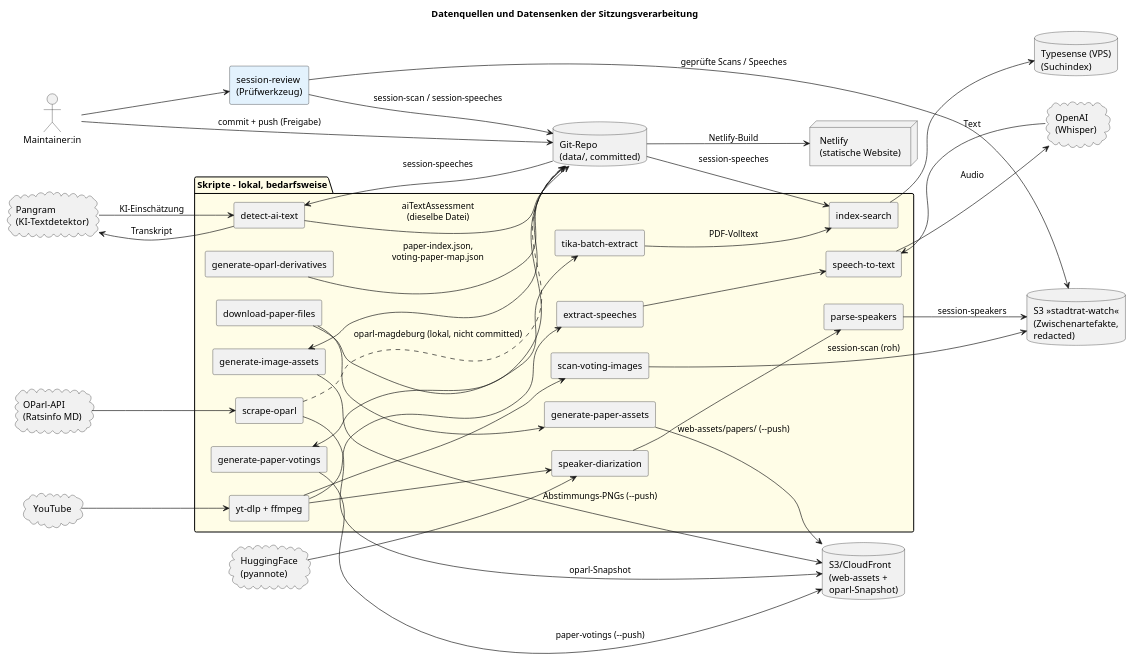
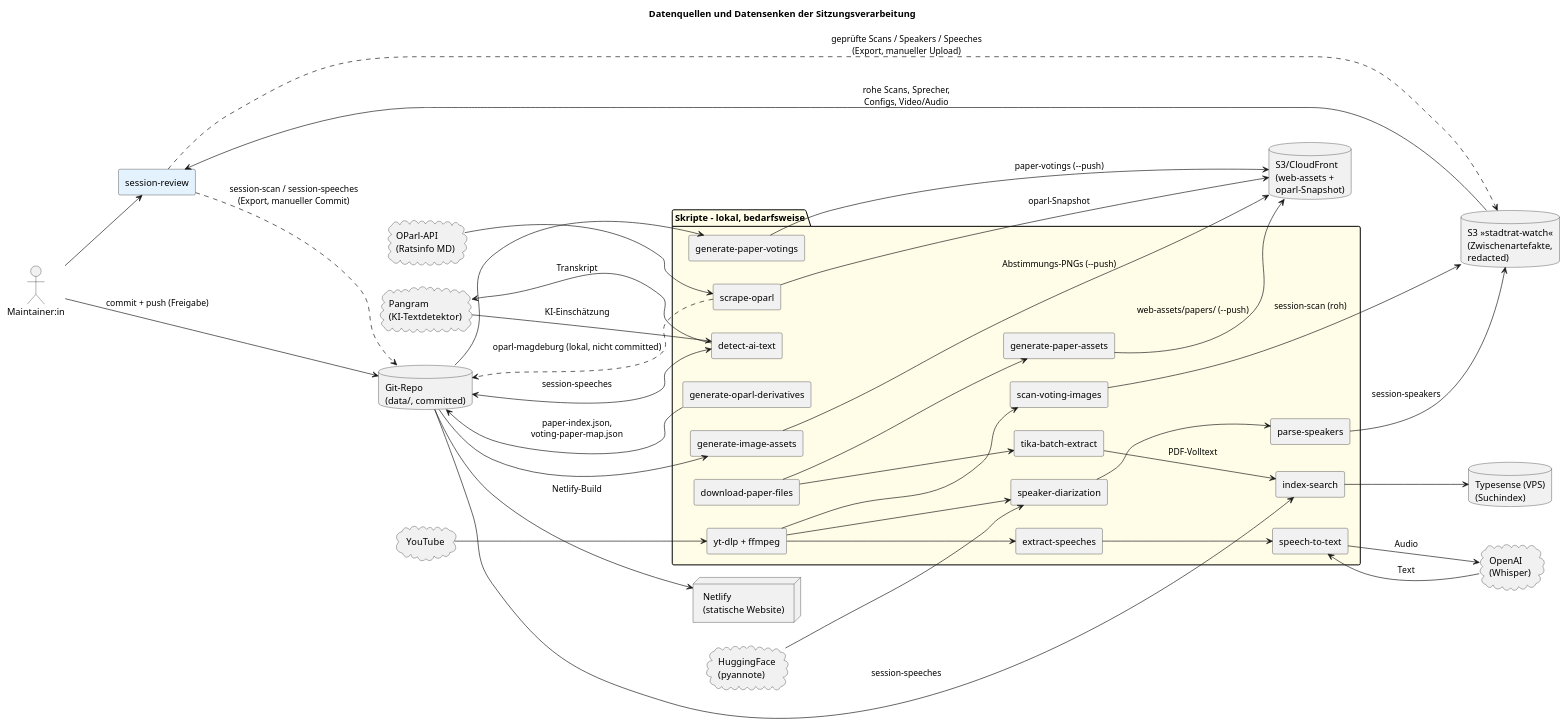
One commit to ungeschneuer/StadtratWatch-Leipzig changed the diagram in docs/guides/session-processing/session-processing-dataflow.puml. Above: the diagram before and after it, drawn with PlantUML. The commit also changed 2 other files, not shown here.

Commit message:
docs(session-processing): clarify session-review data flow
- Show that session-review reads its inputs from S3 and that its
  exports reach S3 and Git only via manual upload/commit
- Document the manual copies into sessions-speakers-redacted and
  sessions-speeches-redacted
- Fix step 10: session-review saves the assigned session-speakers
  and derives session-speeches from them
- Simplify the detect-ai-text arrow and the session-review label

```diff
--- a/docs/guides/session-processing/session-processing-dataflow.puml
+++ b/docs/guides/session-processing/session-processing-dataflow.puml
@@ -8,87 +8,87 @@
 @startuml session-processing-dataflow
 title Datenquellen und Datensenken der Sitzungsverarbeitung
 
 skinparam shadowing false
 skinparam componentStyle rectangle
 skinparam wrapWidth 200
 left to right direction
 
 actor "Maintainer:in" as M
 
 cloud "OParl-API\n(Ratsinfo MD)" as OParl
 cloud "YouTube" as YT
 cloud "HuggingFace\n(pyannote)" as HF
 cloud "OpenAI\n(Whisper)" as OAI
 cloud "Pangram\n(KI-Textdetektor)" as PG
-component "session-review\n(Prüfwerkzeug)" as UI #E3F2FD
+component "session-review" as UI #E3F2FD
 
 package "Skripte - lokal, bedarfsweise" #FFFDE7 {
   component "scrape-oparl" as SCRAPE
   component "download-paper-files" as DPF
   component "generate-paper-assets" as GPA
   component "generate-oparl-derivatives" as GOD
   component "tika-batch-extract" as TIKA
   component "yt-dlp + ffmpeg" as MEDIA
   component "scan-voting-images" as SVI
   component "speaker-diarization" as SD
   component "parse-speakers" as PS
   component "extract-speeches" as ES
   component "speech-to-text" as STT
   component "detect-ai-text" as DAT
   component "generate-image-assets" as GIA
   component "generate-paper-votings" as GPV
   component "index-search" as IDX
 }
 
 database "Git-Repo\n(data/, committed)" as GIT
 database "S3 »stadtrat-watch«\n(Zwischenartefakte,\nredacted)" as S3RAW
 database "S3/CloudFront\n(web-assets +\noparl-Snapshot)" as S3WEB
 database "Typesense (VPS)\n(Suchindex)" as TS
 node "Netlify\n(statische Website)" as NET
 
 ' --- Quellen ---
 OParl --> SCRAPE
 YT --> MEDIA
 HF --> SD
 STT --> OAI : Audio
 OAI --> STT : Text
 DAT --> PG : Transkript
 PG --> DAT : KI-Einschätzung
 
 ' --- OParl-/Drucksachen-Zweig ---
 SCRAPE --> S3WEB : oparl-Snapshot
 SCRAPE ..> GIT : oparl-magdeburg (lokal, nicht committed)
 DPF --> GPA
 GPA --> S3WEB : web-assets/papers/ (--push)
 GOD --> GIT : paper-index.json,\nvoting-paper-map.json
 DPF --> TIKA
 TIKA --> IDX : PDF-Volltext
 
 ' --- Video-Zweig ---
 MEDIA --> SVI
 MEDIA --> SD
 SVI --> S3RAW : session-scan (roh)
 SD --> PS
 PS --> S3RAW : session-speakers
 MEDIA --> ES
 ES --> STT
 
 ' --- Manuelle Prüfung ---
 M --> UI
-UI --> S3RAW : geprüfte Scans / Speeches
-UI --> GIT : session-scan / session-speeches
+S3RAW --> UI : rohe Scans, Sprecher,\nConfigs, Video/Audio
+UI ..> S3RAW : geprüfte Scans / Speakers / Speeches\n(Export, manueller Upload)
+UI ..> GIT : session-scan / session-speeches\n(Export, manueller Commit)
 
 ' --- Zusammenführung ---
 GIT --> GIA
 GIA --> S3WEB : Abstimmungs-PNGs (--push)
 GIT --> GPV
 GPV --> S3WEB : paper-votings (--push)
 GIT --> IDX : session-speeches
-GIT --> DAT : session-speeches
-DAT --> GIT : aiTextAssessment\n(dieselbe Datei)
+GIT <--> DAT : session-speeches
 IDX --> TS
 
 ' --- Veröffentlichung ---
 M --> GIT : commit + push (Freigabe)
 GIT --> NET : Netlify-Build
 @enduml
```
